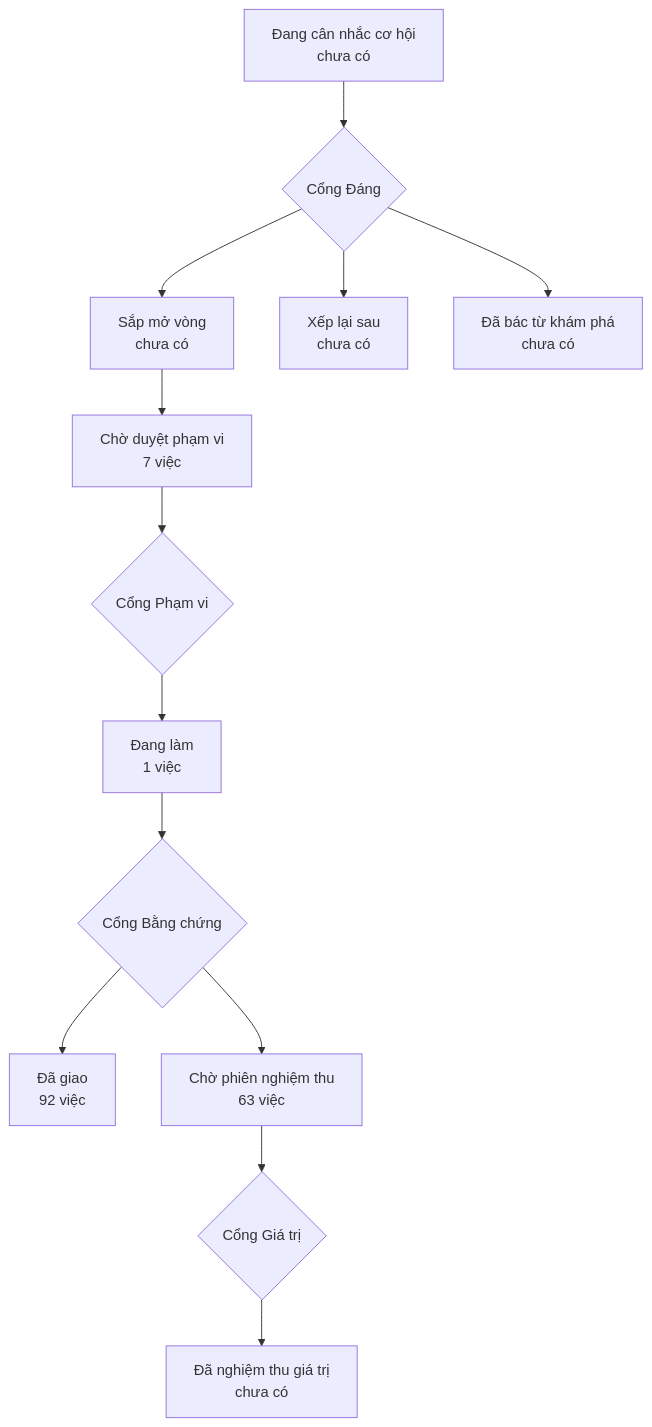
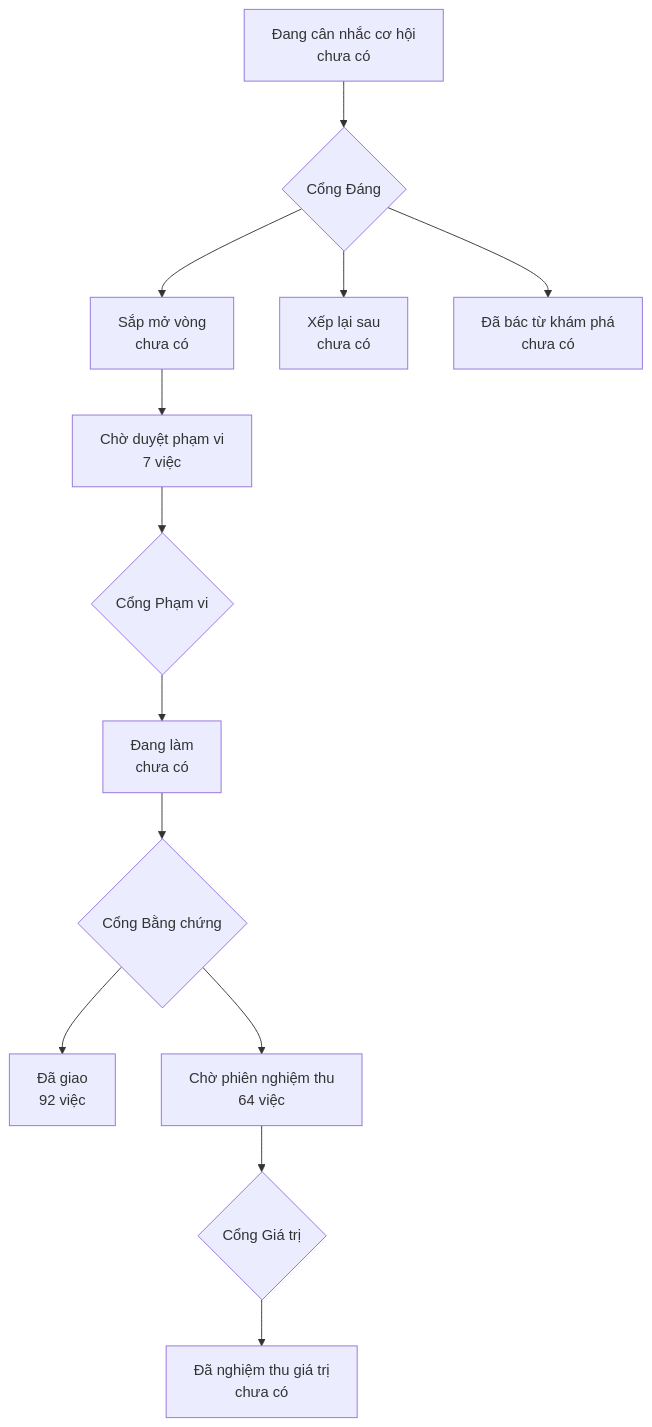
The diagram in PRODUCT-MAP.md (phanlemanh/onehub-invest), drawn with Mermaid before and after one commit. The commit also changed other lines of this file and 7 other files, not shown here.

````diff
--- a/PRODUCT-MAP.md
+++ b/PRODUCT-MAP.md
@@ -7,12 +7,12 @@
 ```mermaid
 flowchart TD
   A["Đang cân nhắc cơ hội<br/>chưa có"] --> GD{"Cổng Đáng"}
   GD --> B["Sắp mở vòng<br/>chưa có"]
   GD --> XL["Xếp lại sau<br/>chưa có"]
   GD --> DB["Đã bác từ khám phá<br/>chưa có"]
   B --> CD["Chờ duyệt phạm vi<br/>7 việc"] --> GP{"Cổng Phạm vi"}
-  GP --> DL["Đang làm<br/>1 việc"] --> GB{"Cổng Bằng chứng"}
+  GP --> DL["Đang làm<br/>chưa có"] --> GB{"Cổng Bằng chứng"}
   GB --> DG["Đã giao<br/>92 việc"]
-  GB --> CN["Chờ phiên nghiệm thu<br/>63 việc"] --> GG{"Cổng Giá trị"}
+  GB --> CN["Chờ phiên nghiệm thu<br/>64 việc"] --> GG{"Cổng Giá trị"}
   GG --> NT["Đã nghiệm thu giá trị<br/>chưa có"]
 ```
````
